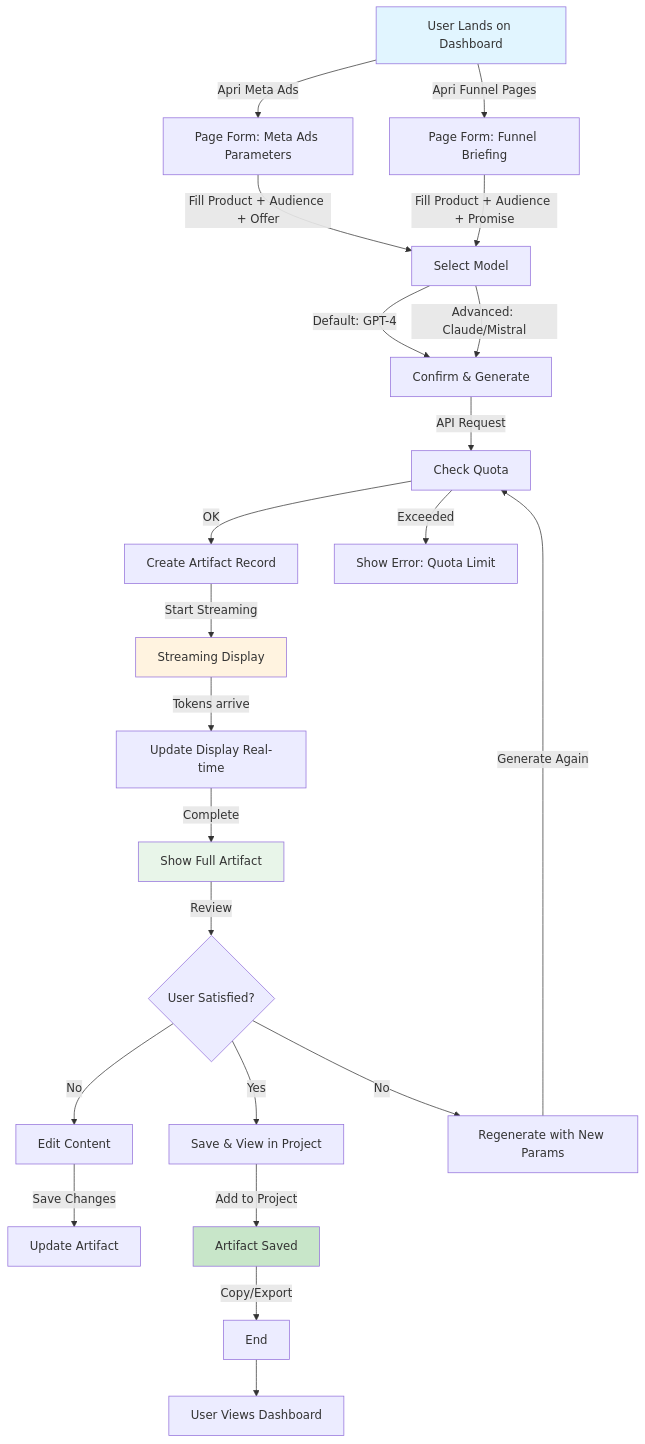
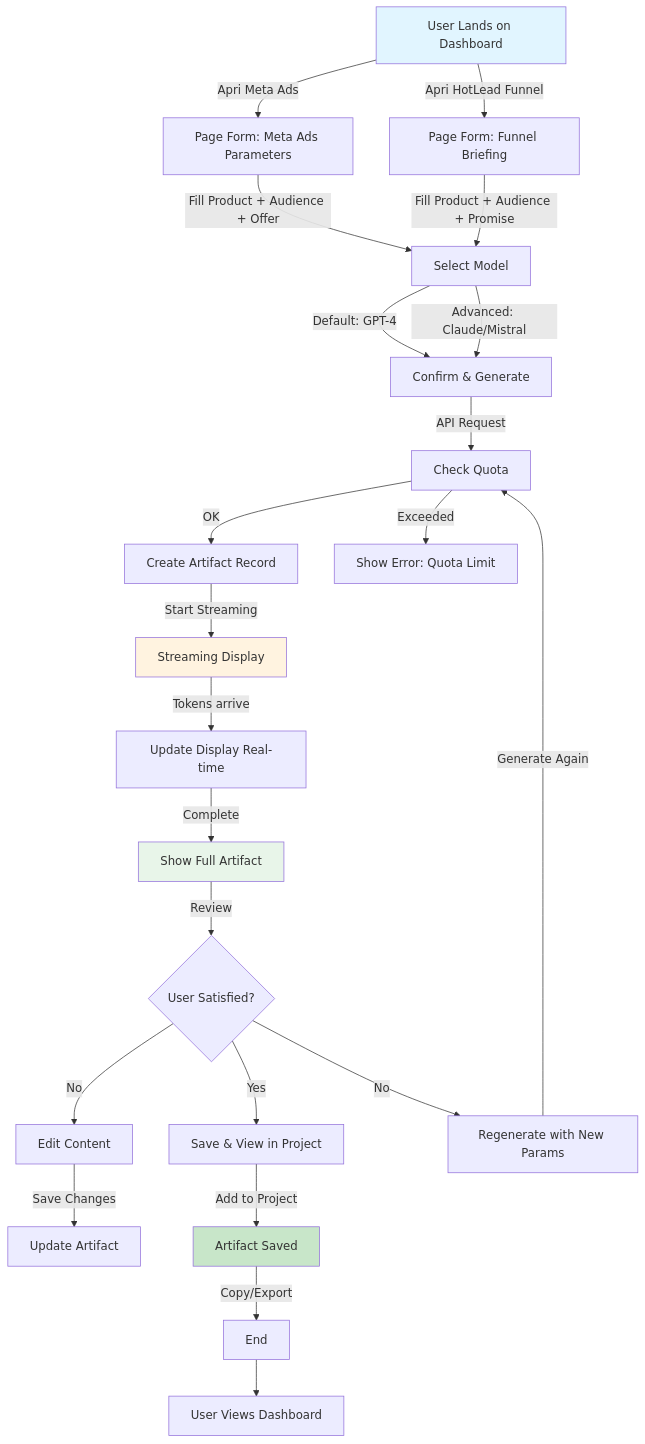
The fourth of 12 diagrams in docs/diagrams/architecture-diagrams.md (federicogerardi/gen-app), drawn with Mermaid before and after one commit. The commit also changed other lines of this file and 28 other files, not shown here.

````diff
--- a/docs/diagrams/architecture-diagrams.md
+++ b/docs/diagrams/architecture-diagrams.md
@@ -210,36 +210,36 @@
 ```mermaid
 graph TD
     A["User Lands on Dashboard"] -->|Apri Meta Ads| C["Page Form: Meta Ads Parameters"]
-    A -->|Apri Funnel Pages| D["Page Form: Funnel Briefing"]
+    A -->|Apri HotLead Funnel| D["Page Form: Funnel Briefing"]
 
     C -->|Fill Product + Audience + Offer| F["Select Model"]
     D -->|Fill Product + Audience + Promise| F
     
     F -->|Default: GPT-4| G["Confirm & Generate"]
     F -->|Advanced: Claude/Mistral| G
     
     G -->|API Request| H["Check Quota"]
     H -->|OK| I["Create Artifact Record"]
     H -->|Exceeded| J["Show Error: Quota Limit"]
     
     I -->|Start Streaming| K["Streaming Display"]
     K -->|Tokens arrive| L["Update Display Real-time"]
     L -->|Complete| M["Show Full Artifact"]
     
     M -->|Review| N{User Satisfied?}
     N -->|Yes| O["Save & View in Project"]
     N -->|No| P["Edit Content"]
     N -->|No| Q["Regenerate with New Params"]
     
     P -->|Save Changes| R["Update Artifact"]
     Q -->|Generate Again| H
     
     O -->|Add to Project| S["Artifact Saved"]
     S -->|Copy/Export| T["End"]
     T --> U["User Views Dashboard"]
 
     style A fill:#e1f5ff
     style K fill:#fff3e0
     style M fill:#e8f5e9
     style S fill:#c8e6c9
 ```
````
